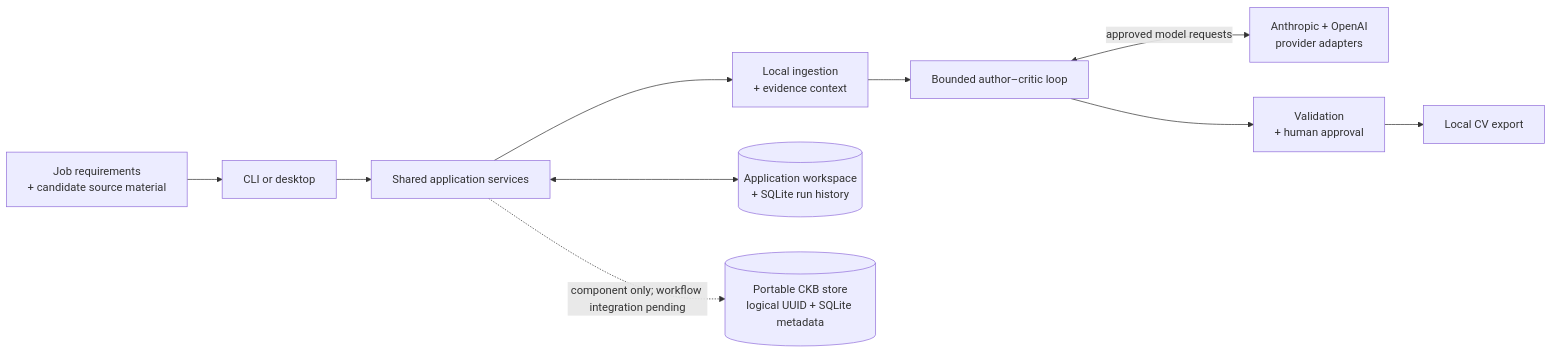
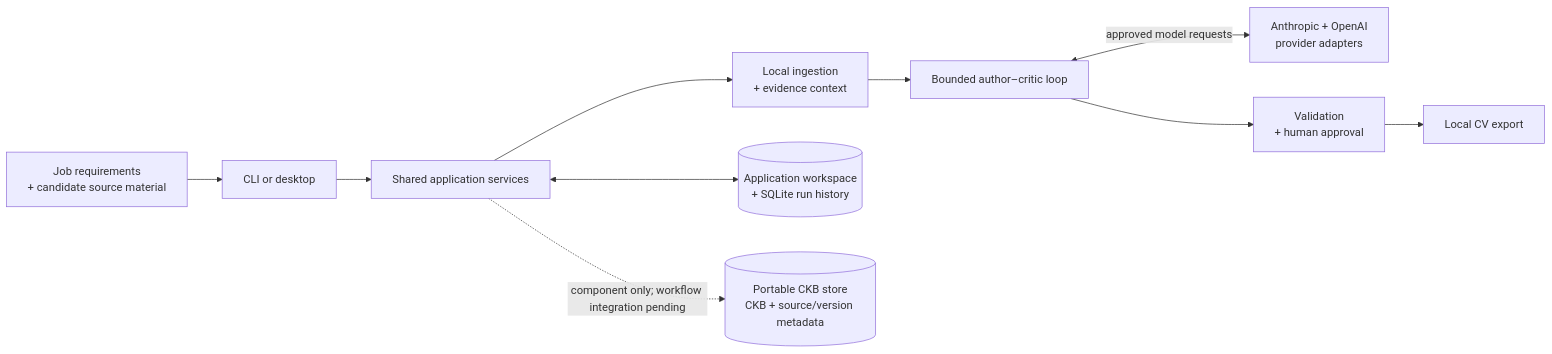
One commit to akoita/draft-loop changed the diagram in README.md. Above: the diagram before and after it, drawn with Mermaid. The commit also changed other lines of this file and 16 other files, not shown here.

Commit message:
feat(knowledge): add source version metadata

````diff
--- a/README.md
+++ b/README.md
@@ -82,20 +85,20 @@
 ```mermaid
 flowchart LR
     Inputs["Job requirements<br/>+ candidate source material"]
     Adapters["CLI or desktop"]
     Application["Shared application services"]
     Context["Local ingestion<br/>+ evidence context"]
     Loop["Bounded author–critic loop"]
     Models["Anthropic + OpenAI<br/>provider adapters"]
     Review["Validation<br/>+ human approval"]
     Export["Local CV export"]
     WorkspaceStore[("Application workspace<br/>+ SQLite run history")]
-    CKBStore[("Portable CKB store<br/>logical UUID + SQLite metadata")]
+    CKBStore[("Portable CKB store<br/>CKB + source/version metadata")]
 
     Inputs --> Adapters --> Application
     Application --> Context --> Loop
     Loop <-->|"approved model requests"| Models
     Loop --> Review --> Export
     Application <--> WorkspaceStore
     Application -.->|"component only; workflow integration pending"| CKBStore
 ```
````
